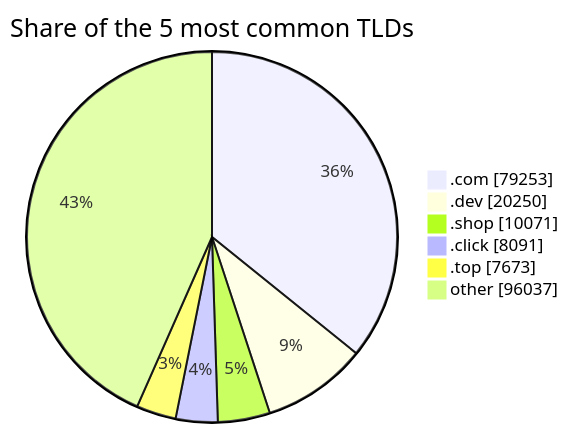
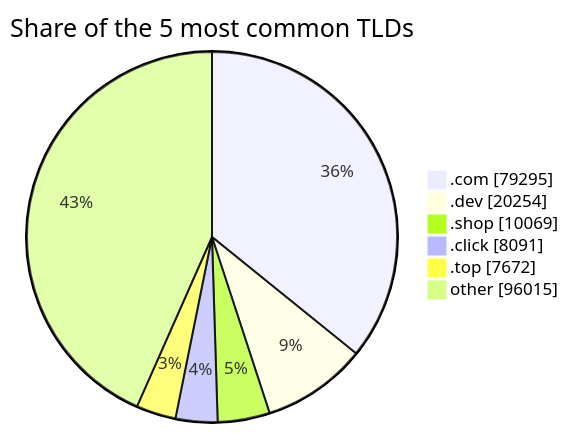
Before and after one commit to DNSBunker/CTI: the third of 3 diagrams in README.md, drawn with Mermaid. The commit also changed other lines of this file and 3 other files, not shown here.

````diff
--- a/README.md
+++ b/README.md
@@ -81,9 +81,9 @@
 ```mermaid
 pie showData title Share of the 5 most common TLDs
-    ".com" : 79253
-    ".dev" : 20250
-    ".shop" : 10071
+    ".com" : 79295
+    ".dev" : 20254
+    ".shop" : 10069
     ".click" : 8091
-    ".top" : 7673
-    "other" : 96037
+    ".top" : 7672
+    "other" : 96015
 ```
````
